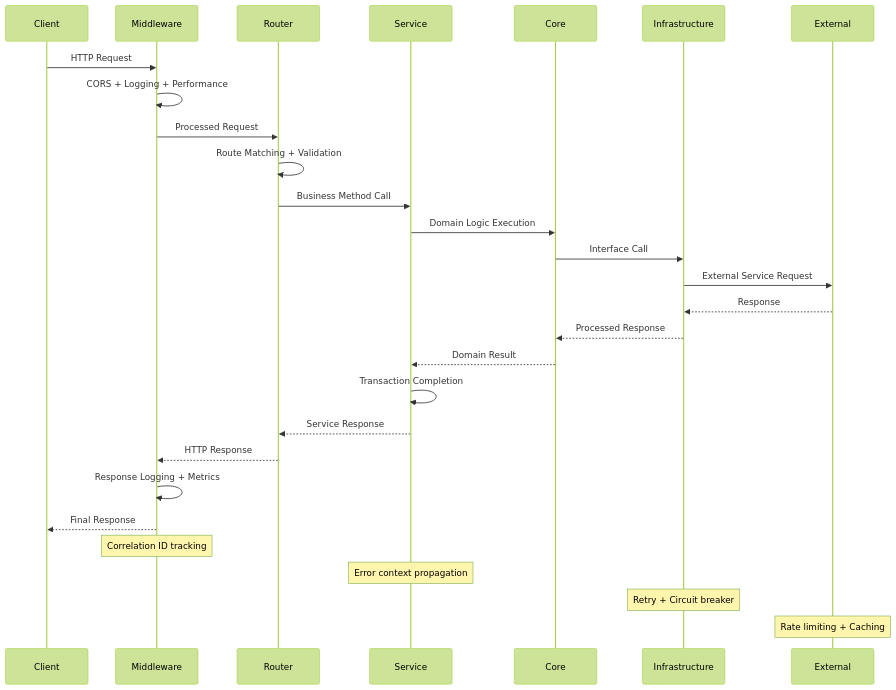
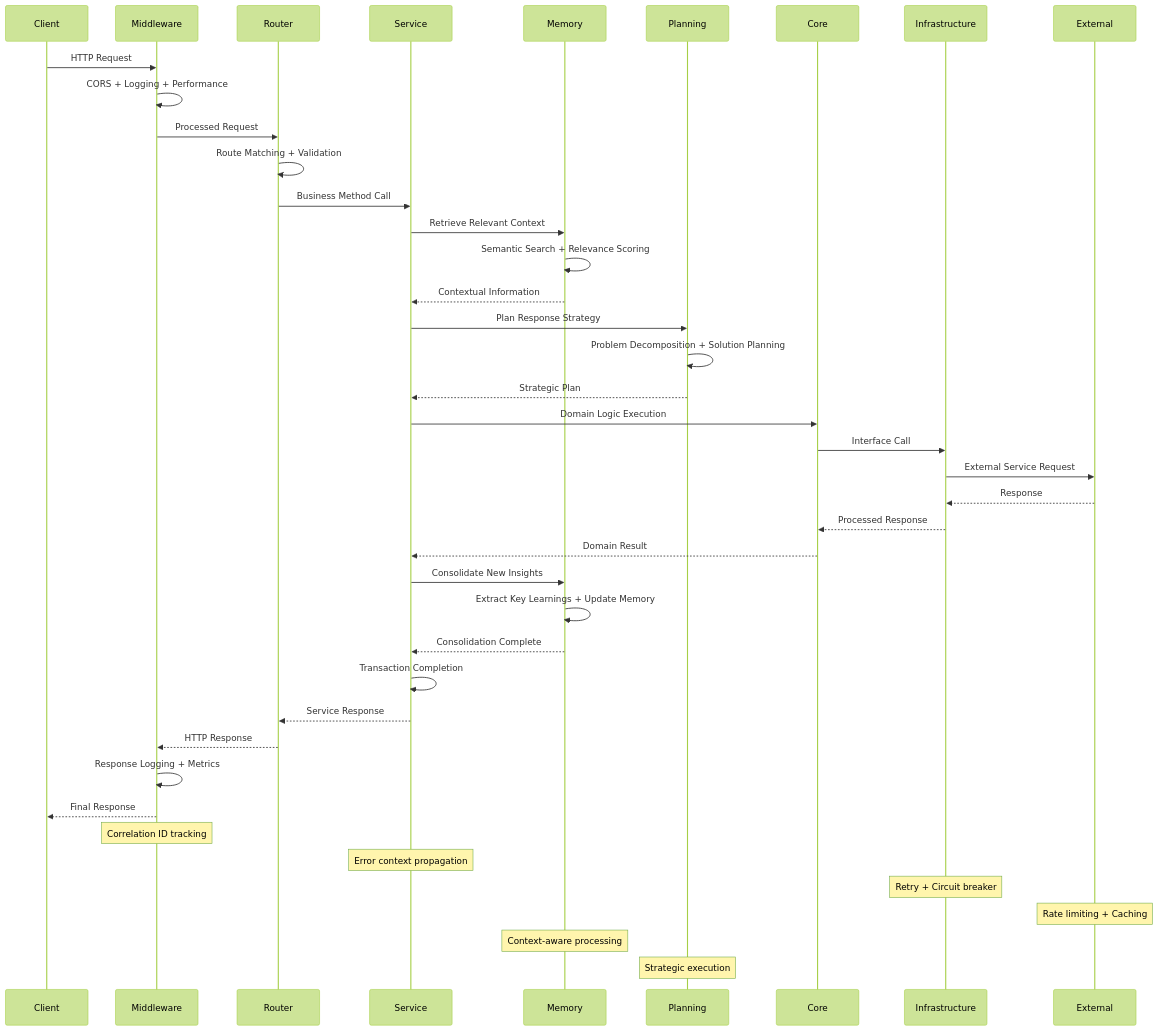
One commit to FaultMaven/FaultMaven-Mono changed the sixth of 13 diagrams in docs/architecture/SYSTEM_ARCHITECTURE.md. Above: the diagram before and after it, drawn with Mermaid (forest theme). The commit also changed other lines of this file and 131 other files, not shown here.

Commit message:
feat: major upgrade in memory menagement, planning and communication capabilities

````diff
--- a/docs/architecture/SYSTEM_ARCHITECTURE.md
+++ b/docs/architecture/SYSTEM_ARCHITECTURE.md
@@ -301,32 +529,53 @@
 ```mermaid
 sequenceDiagram
     participant Client
     participant Middleware
     participant Router
     participant Service
+    participant Memory
+    participant Planning
     participant Core
     participant Infrastructure
     participant External
     
     Client->>Middleware: HTTP Request
     Middleware->>Middleware: CORS + Logging + Performance
     Middleware->>Router: Processed Request
     Router->>Router: Route Matching + Validation
     Router->>Service: Business Method Call
+    
+    %% Memory and Context Retrieval
+    Service->>Memory: Retrieve Relevant Context
+    Memory->>Memory: Semantic Search + Relevance Scoring
+    Memory-->>Service: Contextual Information
+    
+    %% Strategic Planning
+    Service->>Planning: Plan Response Strategy
+    Planning->>Planning: Problem Decomposition + Solution Planning
+    Planning-->>Service: Strategic Plan
+    
     Service->>Core: Domain Logic Execution
     Core->>Infrastructure: Interface Call
     Infrastructure->>External: External Service Request
     External-->>Infrastructure: Response
     Infrastructure-->>Core: Processed Response
     Core-->>Service: Domain Result
+    
+    %% Memory Consolidation
+    Service->>Memory: Consolidate New Insights
+    Memory->>Memory: Extract Key Learnings + Update Memory
+    Memory-->>Service: Consolidation Complete
+    
     Service->>Service: Transaction Completion
     Service-->>Router: Service Response
     Router-->>Middleware: HTTP Response
     Middleware->>Middleware: Response Logging + Metrics
     Middleware-->>Client: Final Response
     
     Note over Middleware: Correlation ID tracking
     Note over Service: Error context propagation
     Note over Infrastructure: Retry + Circuit breaker
     Note over External: Rate limiting + Caching
+    Note over Memory: Context-aware processing
+    Note over Planning: Strategic execution
 ```
````
